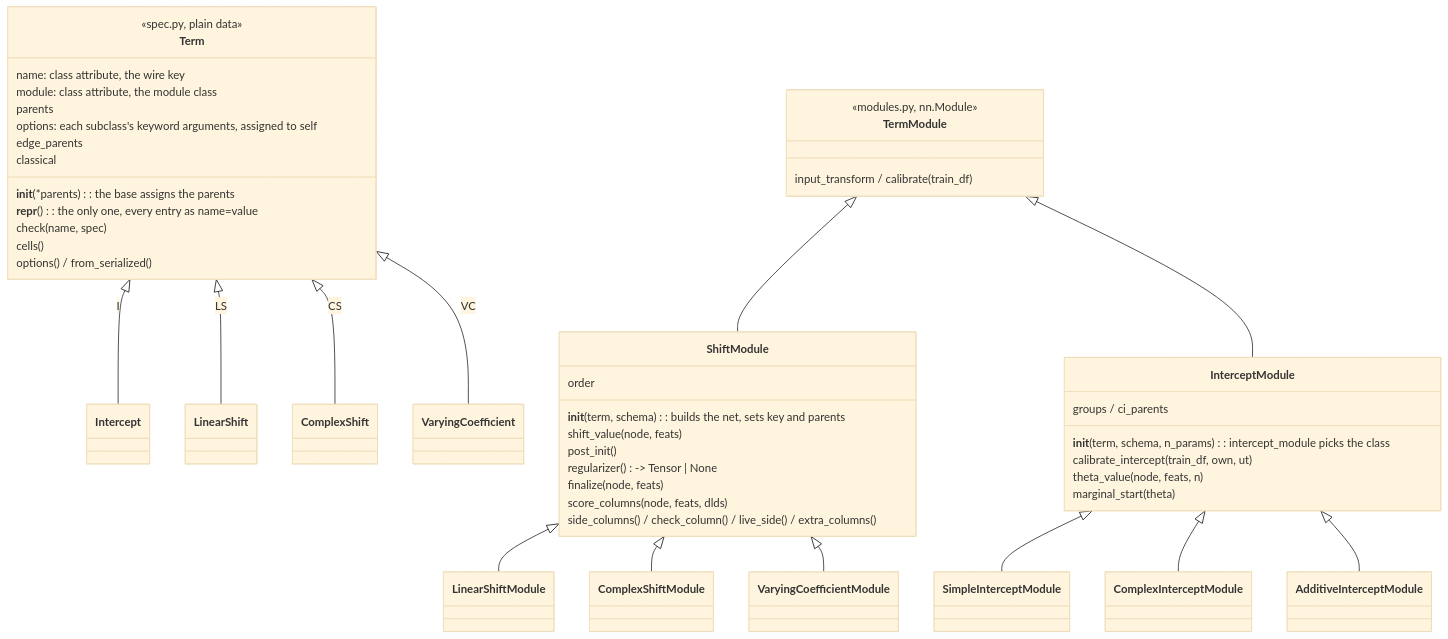
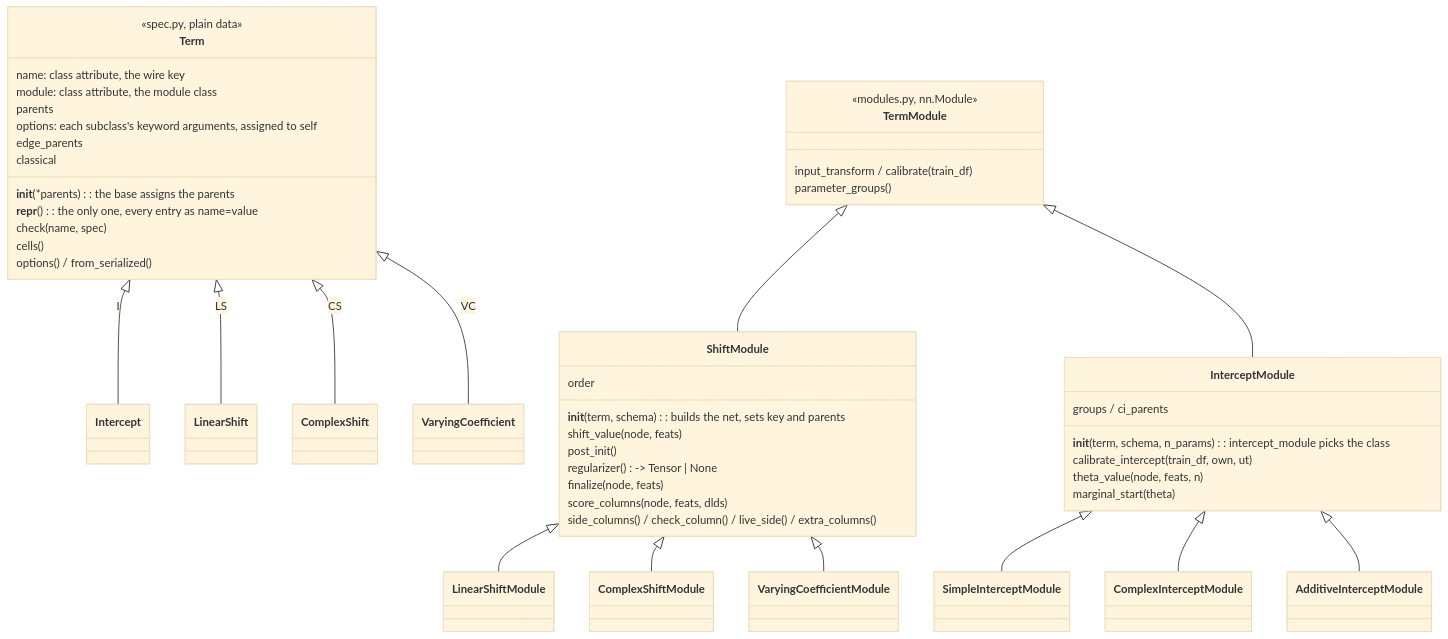
One commit to tensorchiefs/tramdag changed the second of 6 diagrams in docs/architecture.md. Above: the diagram before and after it, drawn with Mermaid (base theme). The commit also changed 5 other files, not shown here.

First line of the commit message:
feat(nodes): Node.parameter_groups gives the parameters by kind

````diff
--- a/docs/architecture.md
+++ b/docs/architecture.md
@@ -56,50 +56,51 @@
 ```mermaid
 classDiagram
     class Term {
         <<spec.py, plain data>>
         name: class attribute, the wire key
         module: class attribute, the module class
         parents
         __init__(*parents): the base assigns the parents
         options: each subclass's keyword arguments, assigned to self
         __repr__(): the only one, every entry as name=value
         check(name, spec)
         edge_parents
         cells()
         classical
         options() / from_serialized()
     }
     Term <|-- Intercept : I
     Term <|-- LinearShift : LS
     Term <|-- ComplexShift : CS
     Term <|-- VaryingCoefficient : VC
     class TermModule {
         <<modules.py, nn.Module>>
         input_transform / calibrate(train_df)
+        parameter_groups()
     }
     class ShiftModule {
         __init__(term, schema): builds the net, sets key and parents
         order
         shift_value(node, feats)
         post_init()
         regularizer() -> Tensor | None
         finalize(node, feats)
         score_columns(node, feats, dlds)
         side_columns() / check_column() / live_side() / extra_columns()
     }
     class InterceptModule {
         __init__(term, schema, n_params): intercept_module picks the class
         groups / ci_parents
         calibrate_intercept(train_df, own, ut)
         theta_value(node, feats, n)
         marginal_start(theta)
     }
     TermModule <|-- ShiftModule
     TermModule <|-- InterceptModule
     ShiftModule <|-- LinearShiftModule
     ShiftModule <|-- ComplexShiftModule
     ShiftModule <|-- VaryingCoefficientModule
     InterceptModule <|-- SimpleInterceptModule
     InterceptModule <|-- ComplexInterceptModule
     InterceptModule <|-- AdditiveInterceptModule
 ```
````
